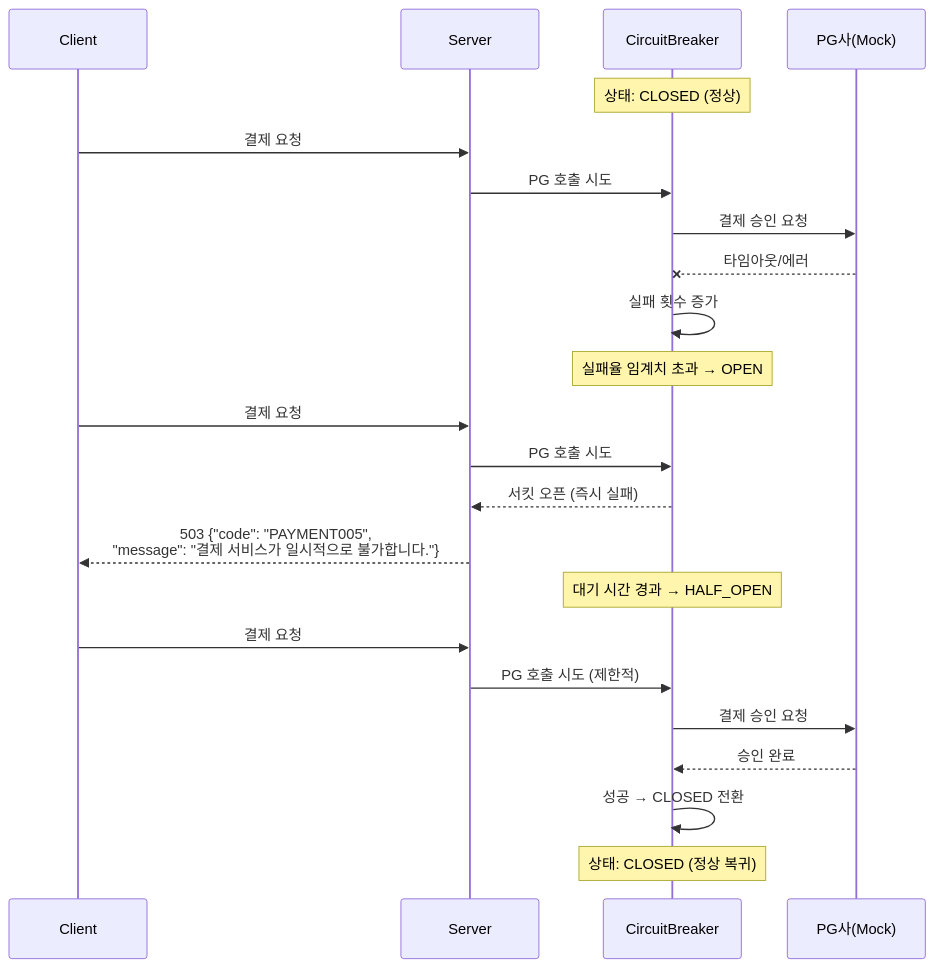
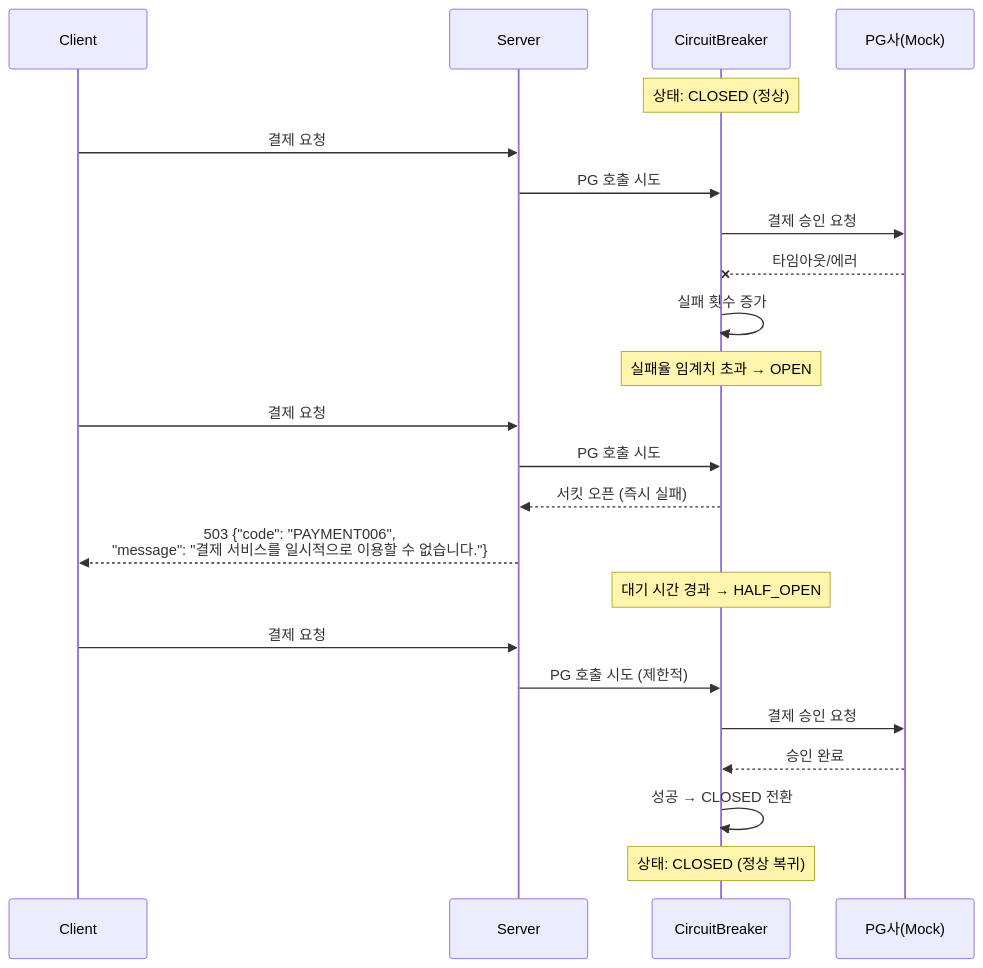
Before and after one commit to hyunmin0317/reservation-payment-platform: the fifth of 5 diagrams in docs/sequence-diagrams.md, drawn with Mermaid. The commit also changed 2 other files, not shown here.

Commit message:
fix: 서킷브레이커 에러코드 오기 수정 및 포인트 동시성 보강 (#212)
- docs/sequence-diagrams.md 서킷 오픈 에러코드 PAYMENT005 → PAYMENT006 수정
- DECISIONS.md 쟁점 10에 포인트 Race Condition 해결 근거 추가
- 포인트 동시 차감 동시성 테스트 추가

````diff
--- a/docs/sequence-diagrams.md
+++ b/docs/sequence-diagrams.md
@@ -203,32 +203,32 @@
 ```mermaid
 sequenceDiagram
     participant C as Client
     participant S as Server
     participant CB as CircuitBreaker
     participant PG as PG사(Mock)
 
     Note over CB: 상태: CLOSED (정상)
 
     C->>S: 결제 요청
     S->>CB: PG 호출 시도
     CB->>PG: 결제 승인 요청
     PG--xCB: 타임아웃/에러
     CB->>CB: 실패 횟수 증가
 
     Note over CB: 실패율 임계치 초과 → OPEN
 
     C->>S: 결제 요청
     S->>CB: PG 호출 시도
     CB-->>S: 서킷 오픈 (즉시 실패)
-    S-->>C: 503 {"code": "PAYMENT005",<br/>"message": "결제 서비스가 일시적으로 불가합니다."}
+    S-->>C: 503 {"code": "PAYMENT006",<br/>"message": "결제 서비스를 일시적으로 이용할 수 없습니다."}
 
     Note over CB: 대기 시간 경과 → HALF_OPEN
 
     C->>S: 결제 요청
     S->>CB: PG 호출 시도 (제한적)
     CB->>PG: 결제 승인 요청
     PG-->>CB: 승인 완료
     CB->>CB: 성공 → CLOSED 전환
 
     Note over CB: 상태: CLOSED (정상 복귀)
 ```
````
